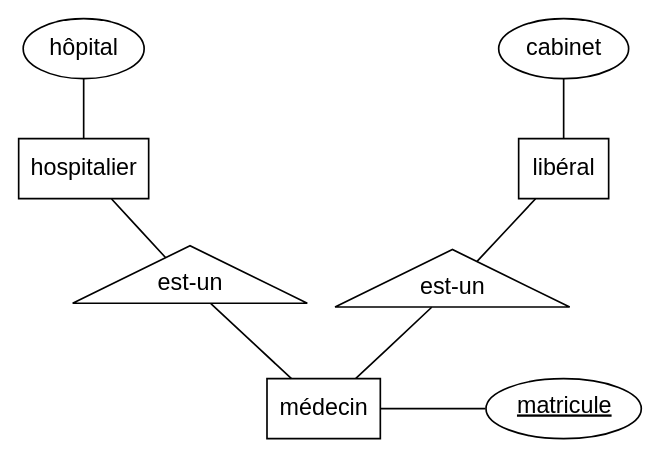
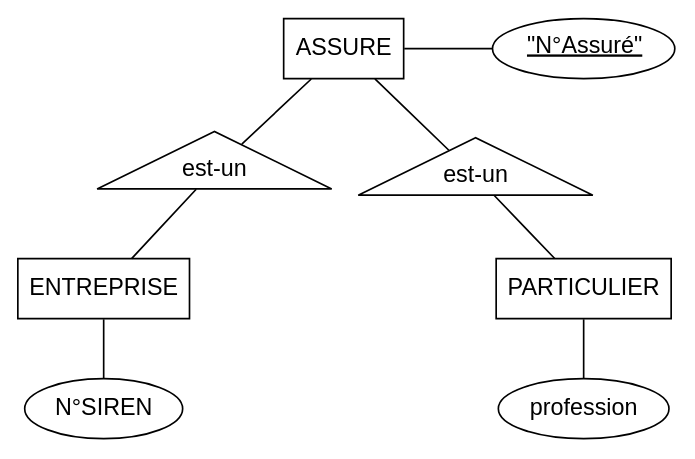
One commit to bgentou/MA15E045 changed the eighth of 8 diagrams in slides/Modelisation_1.qmd. Above: the diagram before and after it, drawn with Graphviz. The commit also changed other lines of this file and 250 other files, not shown here.

````diff
--- a/slides/Modelisation_1.qmd
+++ b/slides/Modelisation_1.qmd
@@ -864,21 +772,21 @@
 ```{dot}
 //| label: "taxo"
 //| eval: true
 //| echo: false
 graph ER {
 	fontname="Helvetica,Arial,sans-serif"
 	node [fontname="Helvetica,Arial,sans-serif"]
 	edge [fontname="Helvetica,Arial,sans-serif"]
 	layout=fdp
-	node [shape=box]; médecin [pos="5,1!"]; hospitalier [pos="3,3!"]; libéral [pos="7,3!"];
+	node [shape=box]; ASSURE [pos="5,4!"]; ENTREPRISE [pos="3,2!"]; PARTICULIER [pos="7,2!"];
 	node [shape=triangle] ; {node[label="est-un"] "is-a-1" ; "is-a-2" ;};
-	hospitalier -- "is-a-1" ;
-	"is-a-1" -- médecin ;
-	libéral -- "is-a-2" ;
-	"is-a-2" -- médecin ;
-	node [shape=ellipse] ; hôpital [pos="3,4!"]; cabinet [pos="7,4!"] ; matricule [label=<<u>matricule</u>>,pos="7,1!"];
-	cabinet -- libéral ;
-	hôpital -- hospitalier ;
-	médecin -- matricule ;
+	PARTICULIER -- "is-a-1" ;
+	"is-a-1" -- ASSURE ;
+	ENTREPRISE -- "is-a-2" ;
+	"is-a-2" -- ASSURE ;
+	node [shape=ellipse] ; "N°SIREN" [pos="3,1!"]; profession [pos="7,1!"] ; "N°Assuré" [label=<<u>"N°Assuré"</u>>,pos="7,4!"];
+	profession -- PARTICULIER ;
+	"N°SIREN" -- ENTREPRISE ;
+	ASSURE -- "N°Assuré" ;
 }
 ```
````
